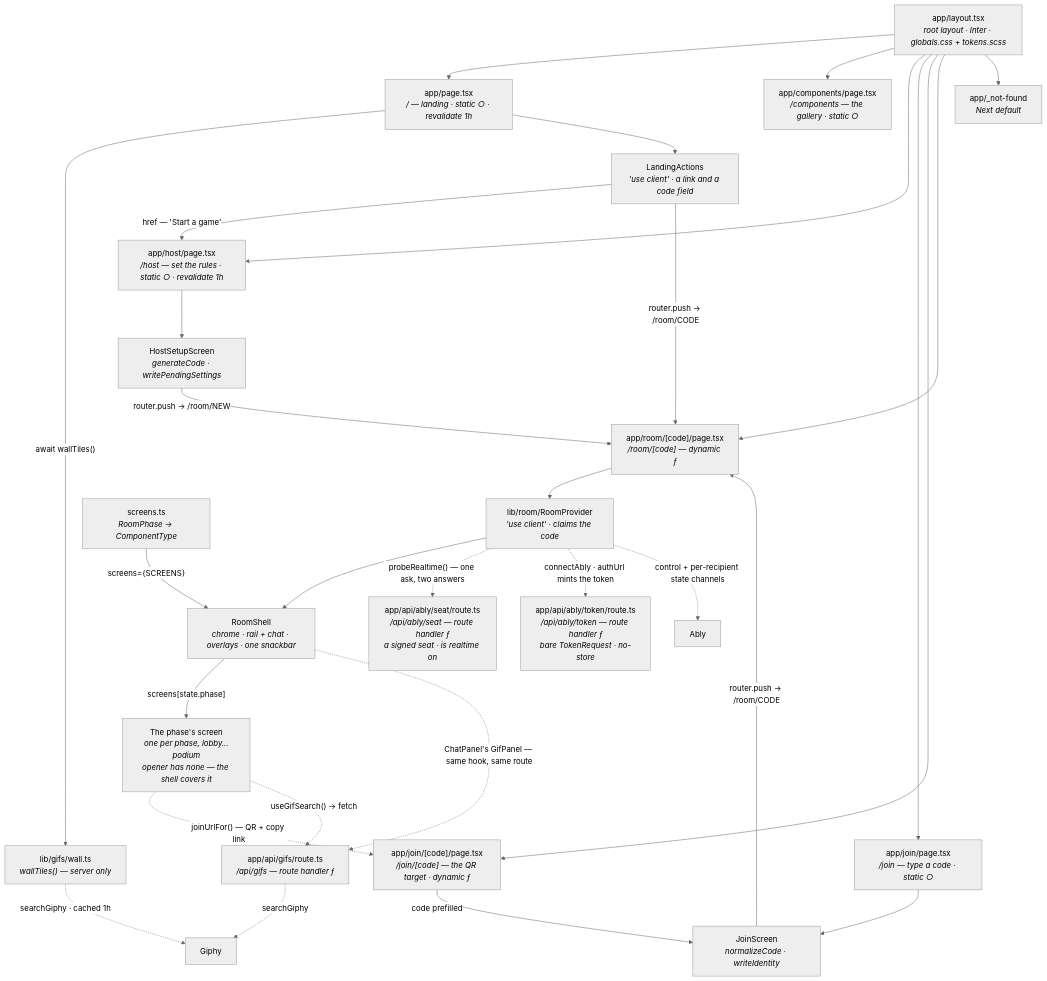
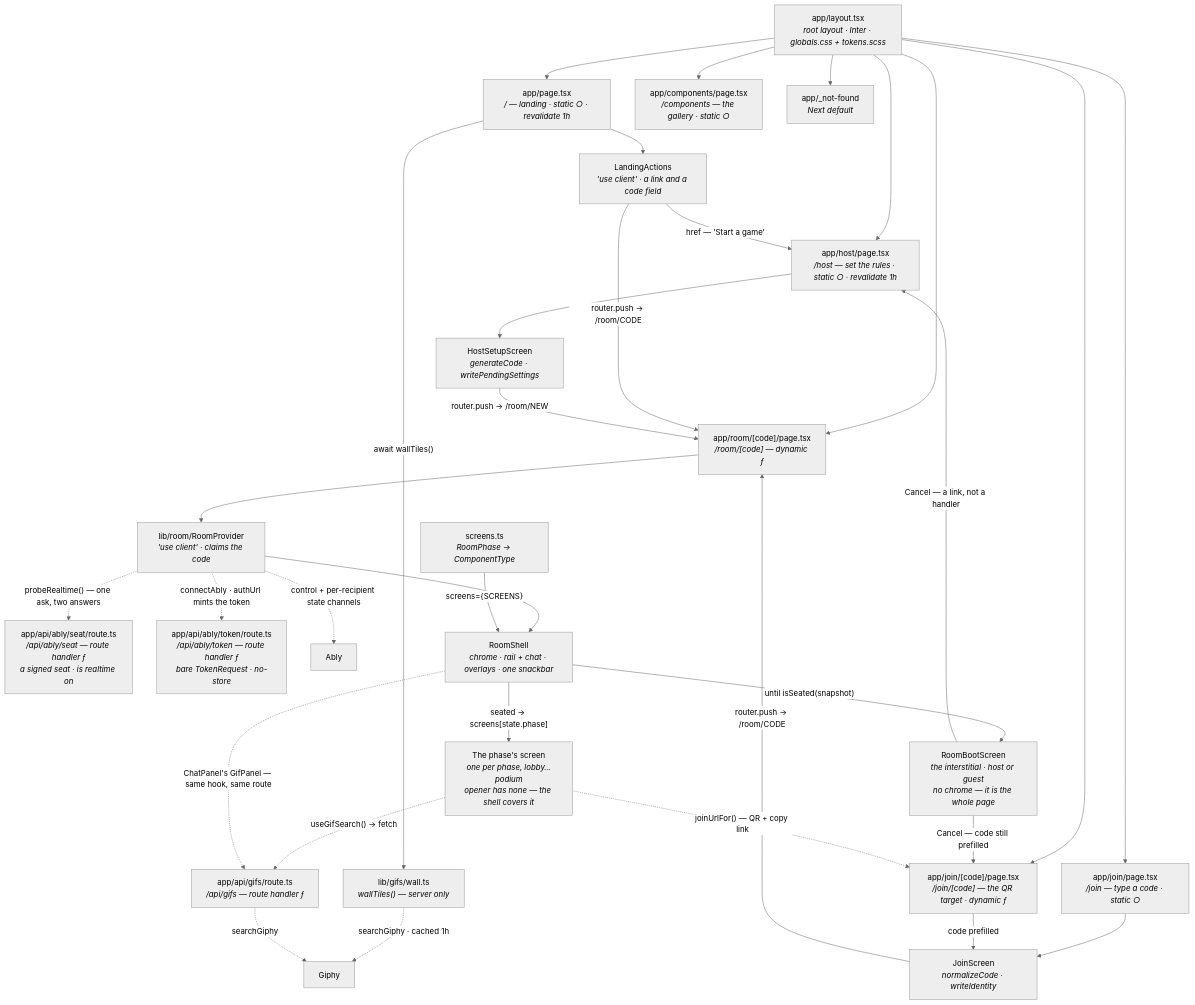
One commit to Jmeza081/captionist changed the first of 12 diagrams in docs/architecture.md. Above: the diagram before and after it, drawn with Mermaid (neutral theme). The commit also changed other lines of this file and 46 other files, not shown here.

````diff
--- a/docs/architecture.md
+++ b/docs/architecture.md
@@ -263,52 +294,56 @@
 ```mermaid
 graph TD
   L["app/layout.tsx<br/><i>root layout · Inter · globals.css + tokens.scss</i>"]
   P["app/page.tsx<br/><i>/ — landing · static ○ · revalidate 1h</i>"]
   C["app/components/page.tsx<br/><i>/components — the gallery · static ○</i>"]
   H["app/host/page.tsx<br/><i>/host — set the rules · static ○ · revalidate 1h</i>"]
   J["app/join/page.tsx<br/><i>/join — type a code · static ○</i>"]
   JC["app/join/[code]/page.tsx<br/><i>/join/[code] — the QR target · dynamic ƒ</i>"]
   R["app/room/[code]/page.tsx<br/><i>/room/[code] — dynamic ƒ</i>"]
   A["app/api/gifs/route.ts<br/><i>/api/gifs — route handler ƒ</i>"]
   SE["app/api/ably/seat/route.ts<br/><i>/api/ably/seat — route handler ƒ<br/>a signed seat · is realtime on</i>"]
   TK["app/api/ably/token/route.ts<br/><i>/api/ably/token — route handler ƒ<br/>bare TokenRequest · no-store</i>"]
   AB["Ably"]
   NF["app/_not-found<br/><i>Next default</i>"]
   W["lib/gifs/wall.ts<br/><i>wallTiles() — server only</i>"]
   GY["Giphy"]
   LA["LandingActions<br/><i>'use client' · a link and a code field</i>"]
   HS["HostSetupScreen<br/><i>generateCode · writePendingSettings</i>"]
   JS["JoinScreen<br/><i>normalizeCode · writeIdentity</i>"]
   RP["lib/room/RoomProvider<br/><i>'use client' · claims the code</i>"]
   SH["RoomShell<br/><i>chrome · rail + chat · overlays · one snackbar</i>"]
+  BT["RoomBootScreen<br/><i>the interstitial · host or guest<br/>no chrome — it is the whole page</i>"]
   SC["screens.ts<br/><i>RoomPhase → ComponentType</i>"]
   SCR["The phase's screen<br/><i>one per phase, lobby…podium<br/>opener has none — the shell covers it</i>"]
 
   L --> P
   L --> C
   L --> H
   L --> J
   L --> JC
   L --> R
   L --> NF
   P -->|"await wallTiles()"| W
   W -.->|"searchGiphy · cached 1h"| GY
   P --> LA
   LA -->|"href — 'Start a game'"| H
   LA -->|"router.push → /room/CODE"| R
   H --> HS
   J --> JS
   JC -->|"code prefilled"| JS
   HS -->|"router.push → /room/NEW"| R
   JS -->|"router.push → /room/CODE"| R
   R --> RP --> SH
   RP -.->|"probeRealtime() — one ask, two answers"| SE
   RP -.->|"connectAbly · authUrl mints the token"| TK
   RP -.->|"control + per-recipient state channels"| AB
   SC -->|"screens={SCREENS}"| SH
-  SH -->|"screens[state.phase]"| SCR
+  SH -->|"until isSeated(snapshot)"| BT
+  BT -->|"Cancel — a link, not a handler"| H
+  BT -->|"Cancel — code still prefilled"| JC
+  SH -->|"seated → screens[state.phase]"| SCR
   SCR -.->|"joinUrlFor() — QR + copy link"| JC
   SCR -.->|"useGifSearch() → fetch"| A
   SH -.->|"ChatPanel's GifPanel — same hook, same route"| A
   A -.->|"searchGiphy"| GY
 ```
````
